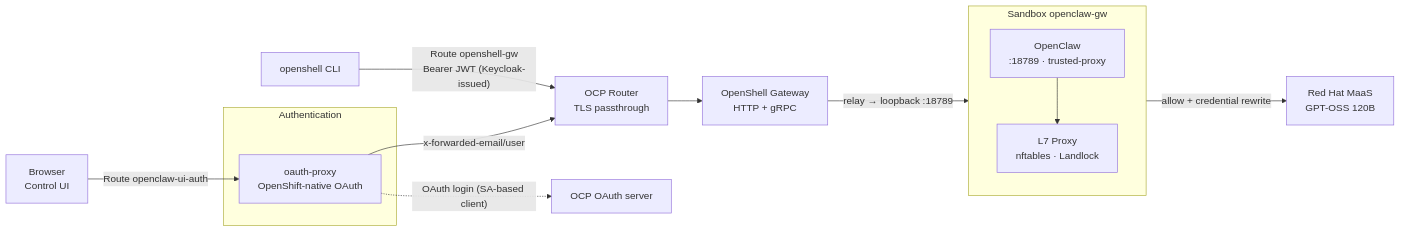
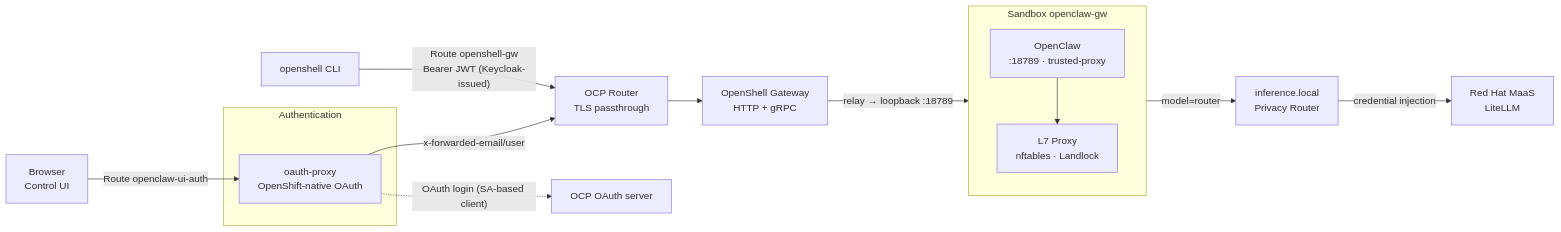
The first of 4 diagrams in README.md (davidseve/open-claw-in-openshell), drawn with Mermaid before and after one commit. The commit also changed other lines of this file and 15 other files, not shown here.

First line of the commit message:
feat: migrate LLM inference to OpenShell inference router (inference.local)

````diff
--- a/README.md
+++ b/README.md
@@ -13,30 +13,32 @@
 ```mermaid
 flowchart LR
   Browser["Browser<br/>Control UI"]
   CLI["openshell CLI"]
 
   Router["OCP Router<br/>TLS passthrough"]
 
   subgraph auth["Authentication"]
     OAuthProxy["oauth-proxy<br/>OpenShift-native OAuth"]
   end
 
   GW["OpenShell Gateway<br/>HTTP + gRPC"]
 
   subgraph sandbox["Sandbox openclaw-gw"]
     direction TB
     OC["OpenClaw<br/>:18789 · trusted-proxy"]
     Proxy["L7 Proxy<br/>nftables · Landlock"]
     OC --> Proxy
   end
 
-  MaaS["Red Hat MaaS<br/>GPT-OSS 120B"]
+  IR["inference.local<br/>Privacy Router"]
+  MaaS["Red Hat MaaS<br/>LiteLLM"]
 
   Browser -->|"Route openclaw-ui-auth"| OAuthProxy
   OAuthProxy -->|"x-forwarded-email/user"| Router
   CLI -->|"Route openshell-gw<br/>Bearer JWT (Keycloak-issued)"| Router
   Router --> GW
   GW -->|"relay → loopback :18789"| OC
   OAuthProxy -.->|"OAuth login (SA-based client)"| OCPOAuth["OCP OAuth server"]
-  Proxy -->|"allow + credential rewrite"| MaaS
+  OC -->|"model=router"| IR
+  IR -->|"credential injection"| MaaS
 ```
````
